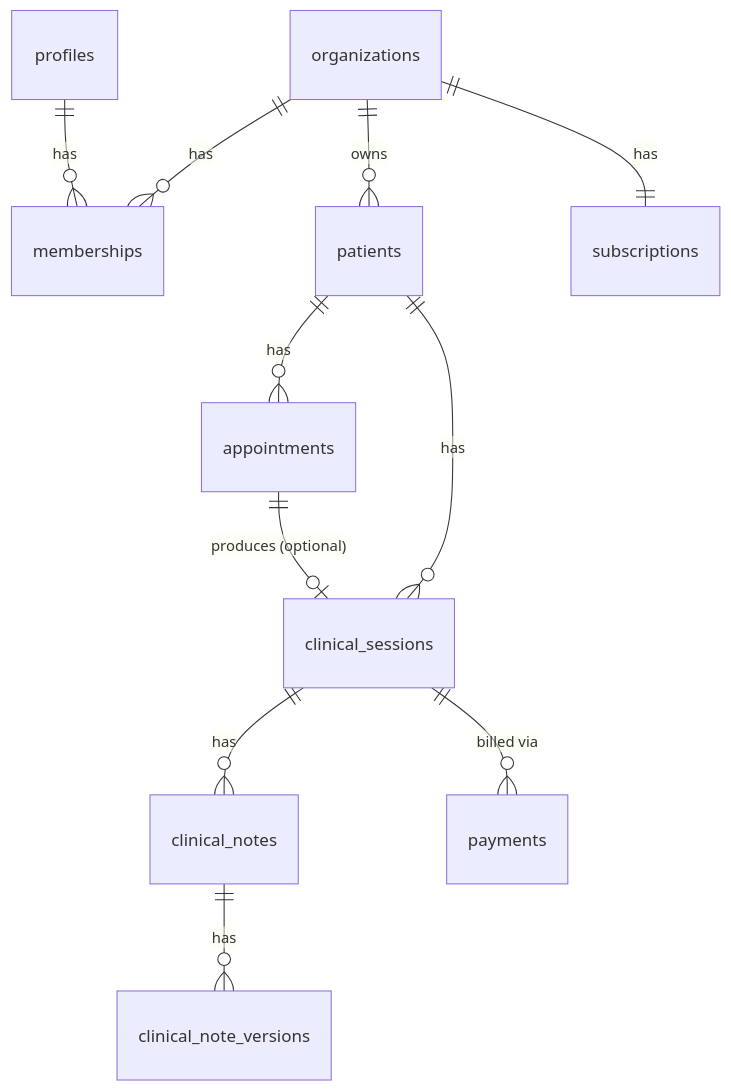
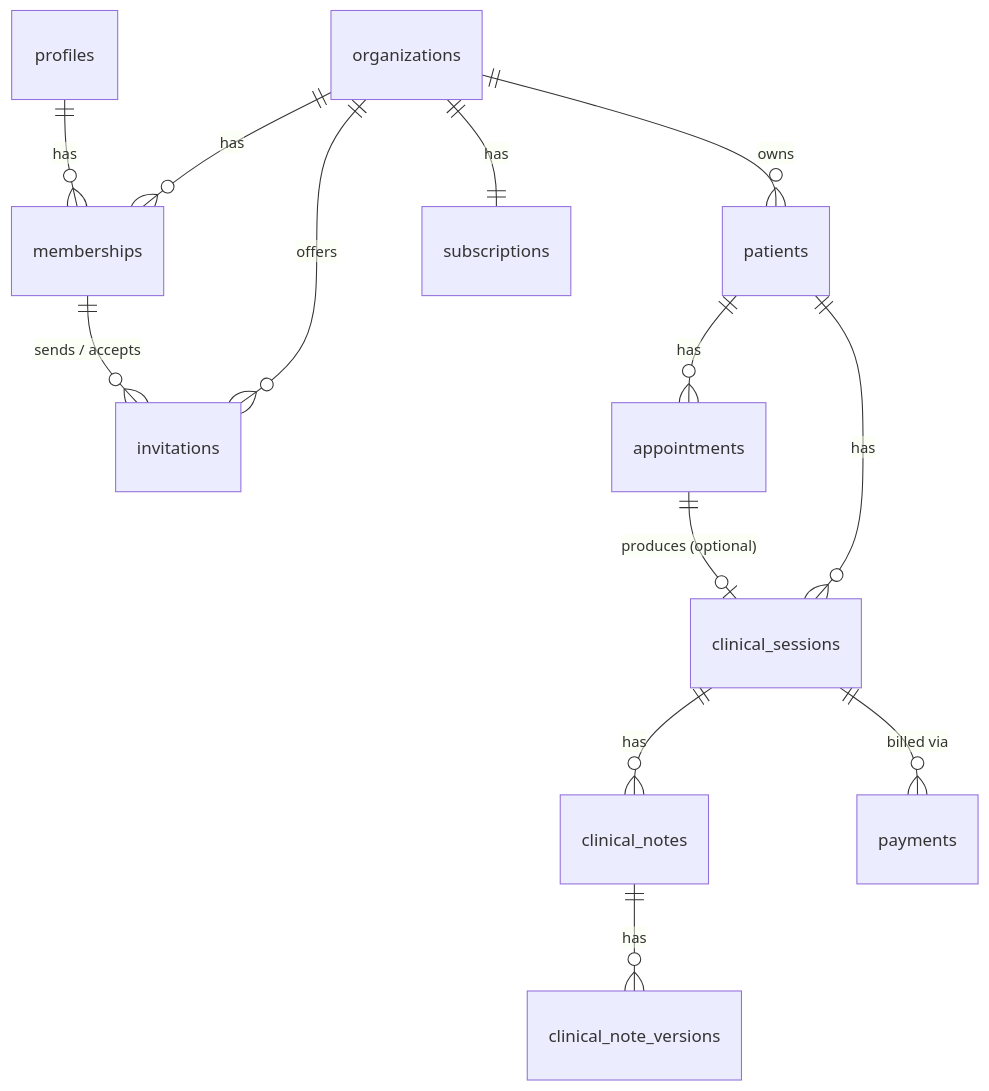
Before and after one commit to danilokosam/psychologist: the diagram in docs/DATABASE.md, drawn with Mermaid. The commit also changed other lines of this file and 11 other files, not shown here.

````diff
--- a/docs/DATABASE.md
+++ b/docs/DATABASE.md
@@ -151,13 +184,15 @@
 ```mermaid
 erDiagram
   organizations ||--o{ memberships : has
+  organizations ||--o{ invitations : offers
+  memberships ||--o{ invitations : "sends / accepts"
   profiles ||--o{ memberships : has
   organizations ||--o{ patients : owns
   organizations ||--|| subscriptions : has
   patients ||--o{ appointments : has
   patients ||--o{ clinical_sessions : has
   appointments ||--o| clinical_sessions : "produces (optional)"
   clinical_sessions ||--o{ clinical_notes : has
   clinical_notes ||--o{ clinical_note_versions : has
   clinical_sessions ||--o{ payments : "billed via"
 ```
````
